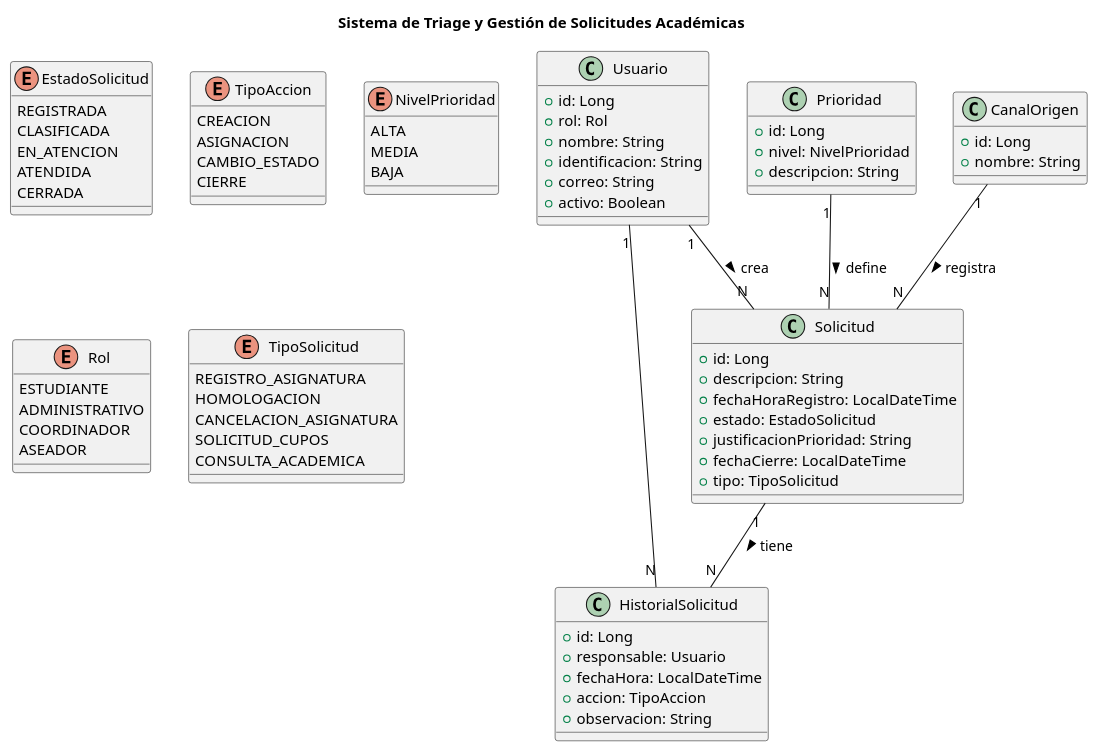
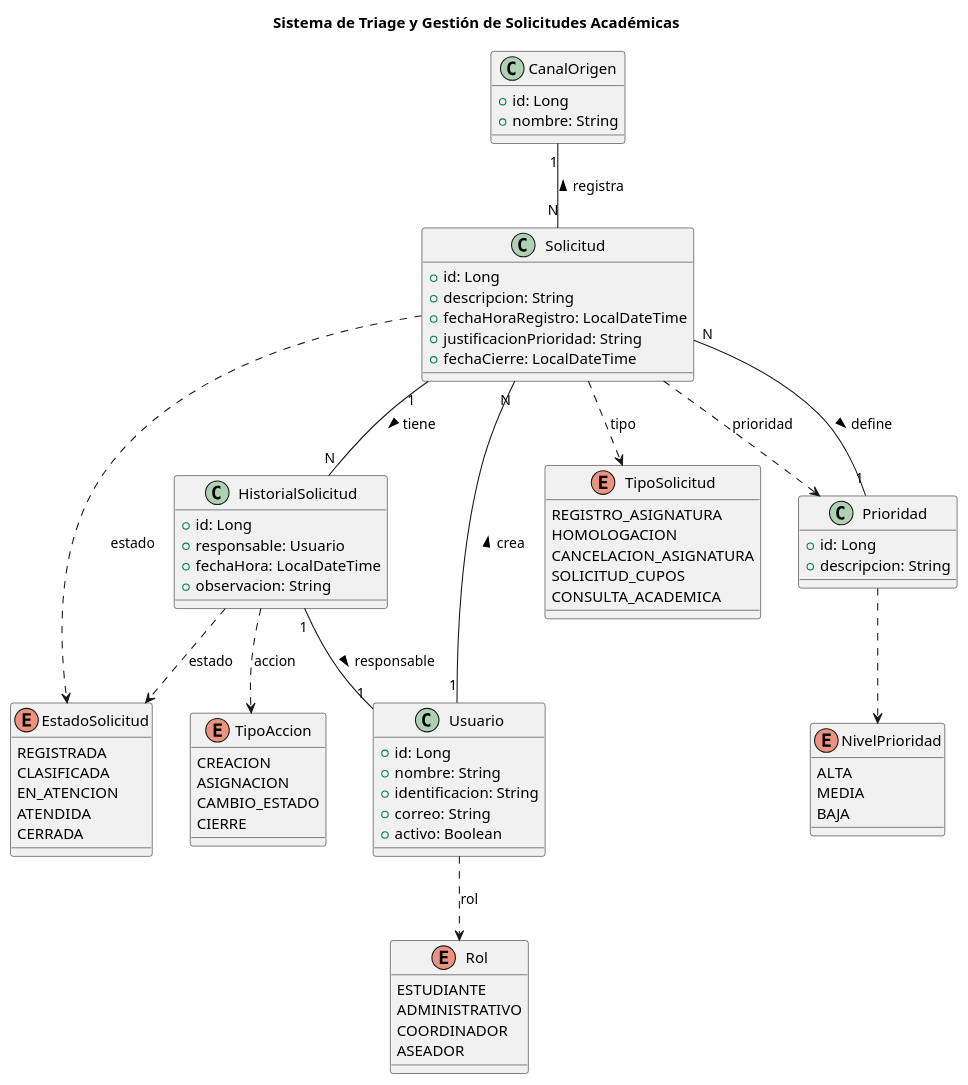
The diagram in asf.wsd (ING69COOLER/Proyecto_Avanzada), drawn with PlantUML before and after one commit.

Commit message:
fix: se mejoro la expresividad del diagrama

```diff
--- a/asf.wsd
+++ b/asf.wsd
@@ -1,108 +1,103 @@
 @startuml
 title Sistema de Triage y Gestión de Solicitudes Académicas
 
 ' =========================
-' ENUMS
+' ENUMS (Value Objects)
 ' =========================
 
 enum EstadoSolicitud {
   REGISTRADA
   CLASIFICADA
   EN_ATENCION
   ATENDIDA
   CERRADA
 }
 
-enum TipoAccion{
+enum TipoAccion {
     CREACION
     ASIGNACION
     CAMBIO_ESTADO
     CIERRE
 }
 
 enum NivelPrioridad {
   ALTA
   MEDIA
   BAJA
 }
 
 enum Rol {
   ESTUDIANTE
   ADMINISTRATIVO
   COORDINADOR
   ASEADOR
 }
 
 enum TipoSolicitud {
     REGISTRO_ASIGNATURA
     HOMOLOGACION
     CANCELACION_ASIGNATURA
     SOLICITUD_CUPOS
     CONSULTA_ACADEMICA
 }
 
 ' =========================
 ' ENTIDADES
 ' =========================
 
 class Usuario {
   +id: Long
-  +rol: Rol
   +nombre: String
   +identificacion: String
   +correo: String
   +activo: Boolean
 }
 
-
-
 class Solicitud {
   +id: Long
   +descripcion: String
   +fechaHoraRegistro: LocalDateTime
-  +estado: EstadoSolicitud
   +justificacionPrioridad: String
   +fechaCierre: LocalDateTime
-  +tipo: TipoSolicitud
 }
-
-
 
 class Prioridad {
   +id: Long
-  +nivel: NivelPrioridad
   +descripcion: String
 }
 
 class CanalOrigen {
   +id: Long
   +nombre: String
 }
 
 class HistorialSolicitud {
   +id: Long
   +responsable: Usuario
   +fechaHora: LocalDateTime
-  +accion: TipoAccion
   +observacion: String
 }
-
-
 
 ' =========================
 ' RELACIONES
 ' =========================
 
 Usuario "1" -- "N" Solicitud : crea >
+Prioridad "1" -- "N" Solicitud : define <
+CanalOrigen "1" -- "N" Solicitud : registra <
+Solicitud "1" -- "N" HistorialSolicitud : tiene >
+HistorialSolicitud "1" -- "1" Usuario : responsable >
 
-Usuario "1" --"N" HistorialSolicitud
+' =========================
+' RELACIONES CON ENUMS (Value Objects)
+' =========================
 
-Prioridad "1" -- "N" Solicitud : define >
-CanalOrigen "1" -- "N" Solicitud : registra >
-
-Solicitud "1" -- "N" HistorialSolicitud : tiene >
-
-
-
+Solicitud ..> EstadoSolicitud : estado
+Solicitud ..> TipoSolicitud : tipo
+Solicitud ..> Prioridad : prioridad
+HistorialSolicitud ..> EstadoSolicitud : estado
+HistorialSolicitud ..> TipoAccion : accion
+Usuario ..> Rol : rol
+Prioridad ..> NivelPrioridad
 
 @enduml
```
